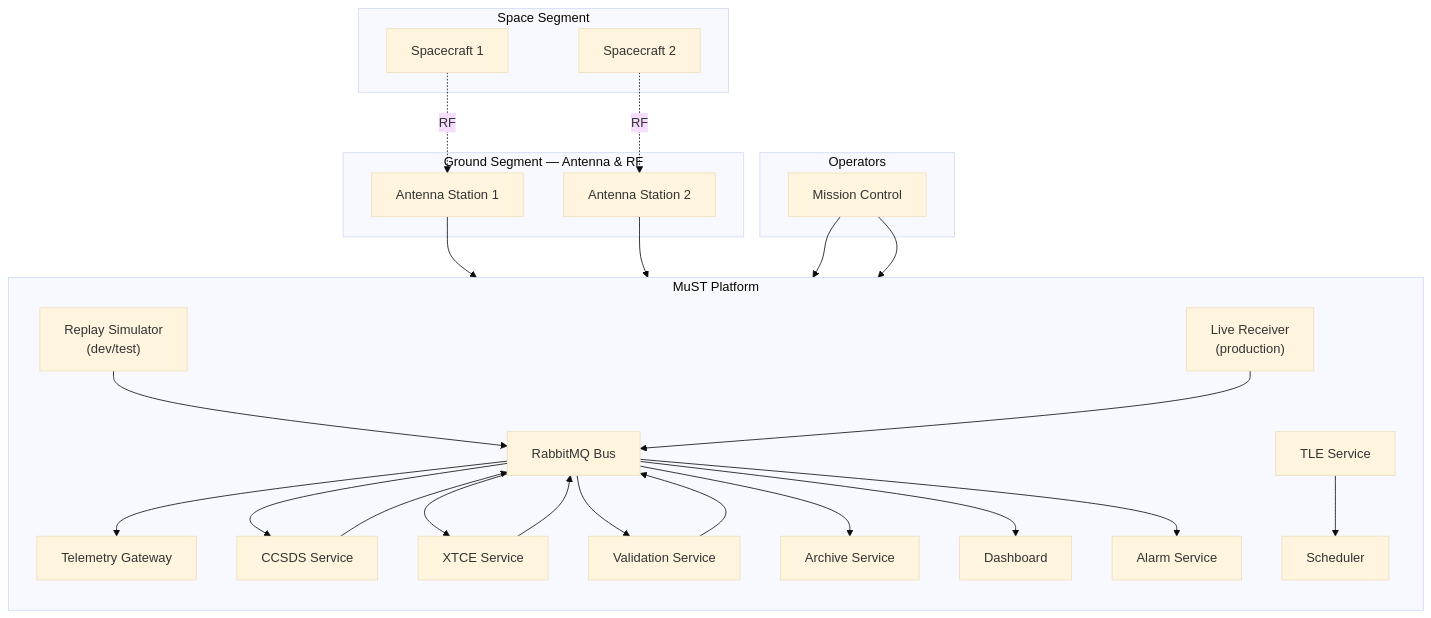
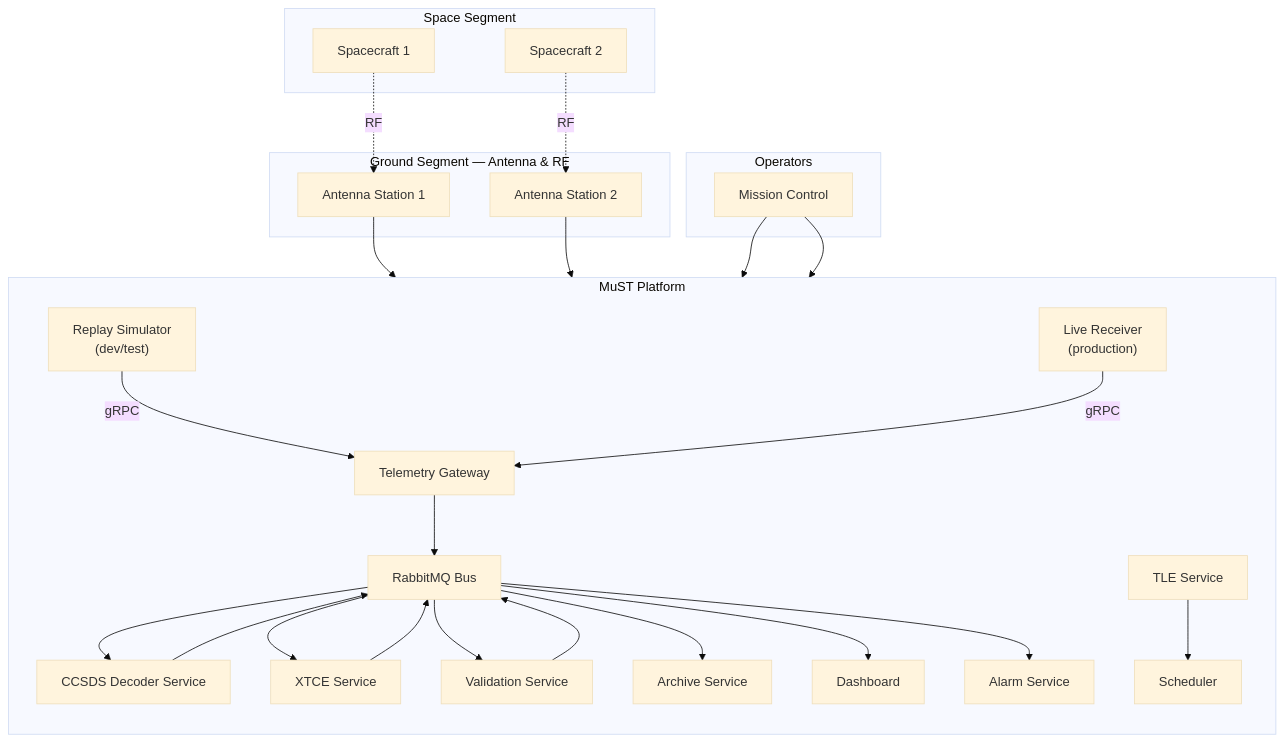
The first of 2 diagrams in architecture/04_MuST_System_Architecture.md (YashuFX/DATS_Processing), drawn with Mermaid (base theme) before and after one commit. The commit also changed other lines of this file and 6 other files, not shown here.

Commit message:
feat: implement mission-identification-service, rename ccsds telemetry topic to decoded, and update architecture documentation

````diff
--- a/architecture/04_MuST_System_Architecture.md
+++ b/architecture/04_MuST_System_Architecture.md
@@ -18,52 +18,52 @@
 ```mermaid
 graph TB
     subgraph "Space Segment"
         SAT1["Spacecraft 1"]
         SAT2["Spacecraft 2"]
     end
     
     subgraph "Ground Segment — Antenna & RF"
         ANT1["Antenna Station 1"]
         ANT2["Antenna Station 2"]
     end
     
     subgraph "MuST Platform"
         direction TB
         RSS["Replay Simulator<br/>(dev/test)"]
         RCV["Live Receiver<br/>(production)"]
         GW["Telemetry Gateway"]
         RMQ["RabbitMQ Bus"]
-        CCSDS["CCSDS Service"]
+        CCSDS["CCSDS Decoder Service"]
         XTCE["XTCE Service"]
         VALID["Validation Service"]
         ALARM["Alarm Service"]
         ARCHIVE["Archive Service"]
         DASH["Dashboard"]
         SCHED["Scheduler"]
         TLE["TLE Service"]
     end
     
     subgraph "Operators"
         OP["Mission Control"]
     end
     
     SAT1 -.->|RF| ANT1
     SAT2 -.->|RF| ANT2
     ANT1 --> RCV
     ANT2 --> RCV
-    RSS --> RMQ
-    RCV --> RMQ
-    RMQ --> GW
+    RSS -->|gRPC| GW
+    RCV -->|gRPC| GW
+    GW --> RMQ
     RMQ --> CCSDS
     CCSDS --> RMQ
     RMQ --> XTCE
     XTCE --> RMQ
     RMQ --> VALID
     RMQ --> ARCHIVE
     RMQ --> DASH
     VALID --> RMQ
     RMQ --> ALARM
     OP --> DASH
     OP --> SCHED
     TLE --> SCHED
 ```
````
